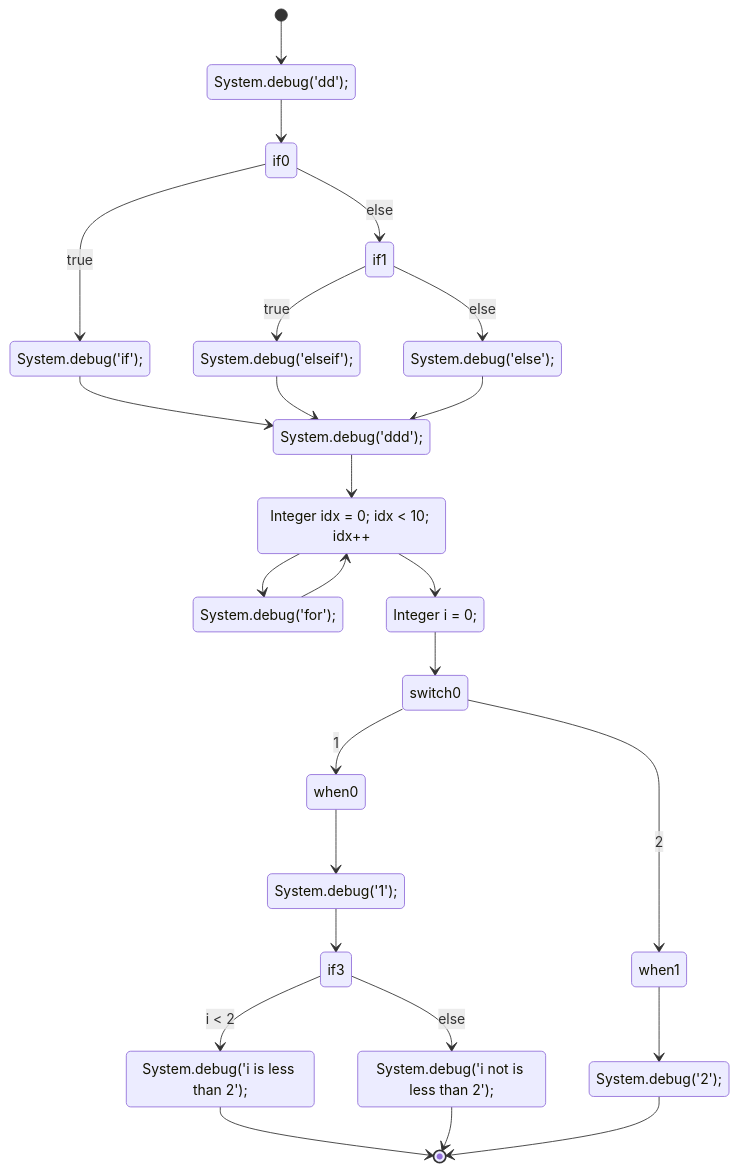
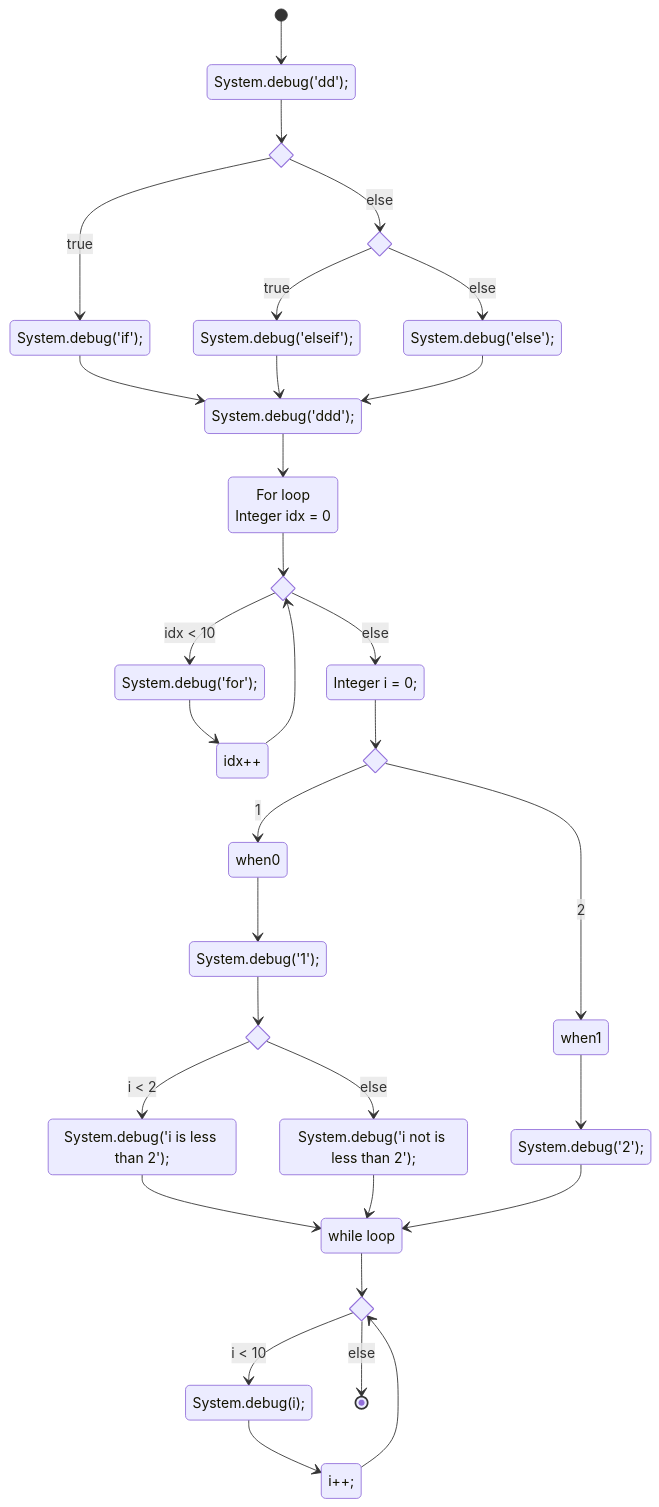
One commit to shuntaro-sf/sfdx-apex-doc changed the diagram in README.md. Above: the diagram before and after it, drawn with Mermaid. The commit also changed other lines of this file and 9 other files, not shown here.

Commit message:
build: apexflowdiagram generator

````diff
--- a/README.md
+++ b/README.md
@@ -294,56 +299,70 @@
 ```mermaid
 stateDiagram-v2
-[*] --> ex0
 state "
     System.debug('dd');" as ex0
+state if0 <<choice>>
+state "
+      System.debug('if');" as ex1
+state if1 <<choice>>
+state "
+      System.debug('elseif');" as ex2
+state "
+      System.debug('else');" as ex3
+state "
+    System.debug('ddd');" as ex4
+state "For loop
+Integer idx = 0" as for0
+state if3 <<choice>>
+state "
+      System.debug('for');" as ex5
+state " idx++" as ex6
+state "
+    Integer i = 0;" as ex7
+state switch0 <<choice>>
+state "
+        System.debug('1');" as ex8
+state if5 <<choice>>
+state "
+          System.debug('i is less than 2');" as ex9
+state "
+          System.debug('i not is less than 2');" as ex10
+state "
+        System.debug('2');" as ex11
+state "while loop" as while0
+state if7 <<choice>>
+state "
+      System.debug(i);" as ex12
+state "
+      i++;" as ex13
+[*] --> ex0
 ex0 --> if0
-state if0 <<choice>>
-state if0 <<choice>>
 if0 --> ex1 : true
 if0 --> if1 : else
-state "
-      System.debug('if');" as ex1
 ex1 --> ex4
-state if1 <<choice>>
 if1 --> ex2 : true
 if1 --> ex3 : else
-state "
-      System.debug('elseif');" as ex2
 ex2 --> ex4
-state "
-      System.debug('else');" as ex3
 ex3 --> ex4
-state "
-    System.debug('ddd');" as ex4
 ex4 --> for0
-state "Integer idx = 0; idx < 10; idx++" as for0
-for0 --> ex5
-for0 --> ex6
-state "
-      System.debug('for');" as ex5
-ex5 --> for0
-state "
-    Integer i = 0;" as ex6
-ex6 --> switch0
-state switch0 <<choice>>
+for0 --> if3
+if3 --> ex5 :  idx < 10
+if3 --> ex7 : else
+ex5 --> ex6
+ex6 --> if3
+ex7 --> switch0
 switch0 --> when0 : 1
-when0 --> ex7
-state "
-        System.debug('1');" as ex7
-ex7 --> if3
-state if3 <<choice>>
-state if3 <<choice>>
-if3 --> ex8 : i < 2
-if3 --> ex9 : else
-state "
-          System.debug('i is less than 2');" as ex8
-ex8 --> [*]
-state "
-          System.debug('i not is less than 2');" as ex9
-ex9 --> [*]
+when0 --> ex8
+ex8 --> if5
+if5 --> ex9 : i < 2
+if5 --> ex10 : else
+ex9 --> while0
+ex10 --> while0
 switch0 --> when1 : 2
-when1 --> ex10
-state "
-        System.debug('2');" as ex10
-ex10 --> [*]
+when1 --> ex11
+ex11 --> while0
+while0 --> if7
+if7 --> ex12 : i < 10
+if7 --> [*] : else
+ex12 --> ex13
+ex13 --> if7
 ```
````
